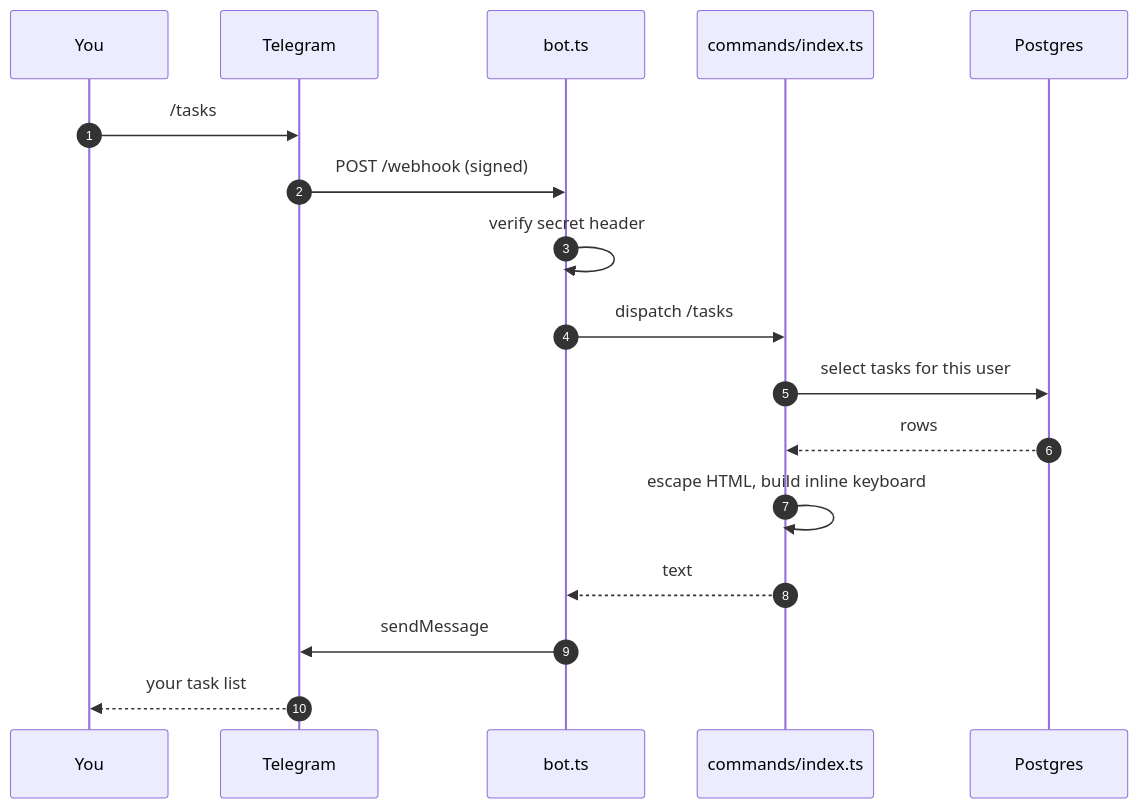
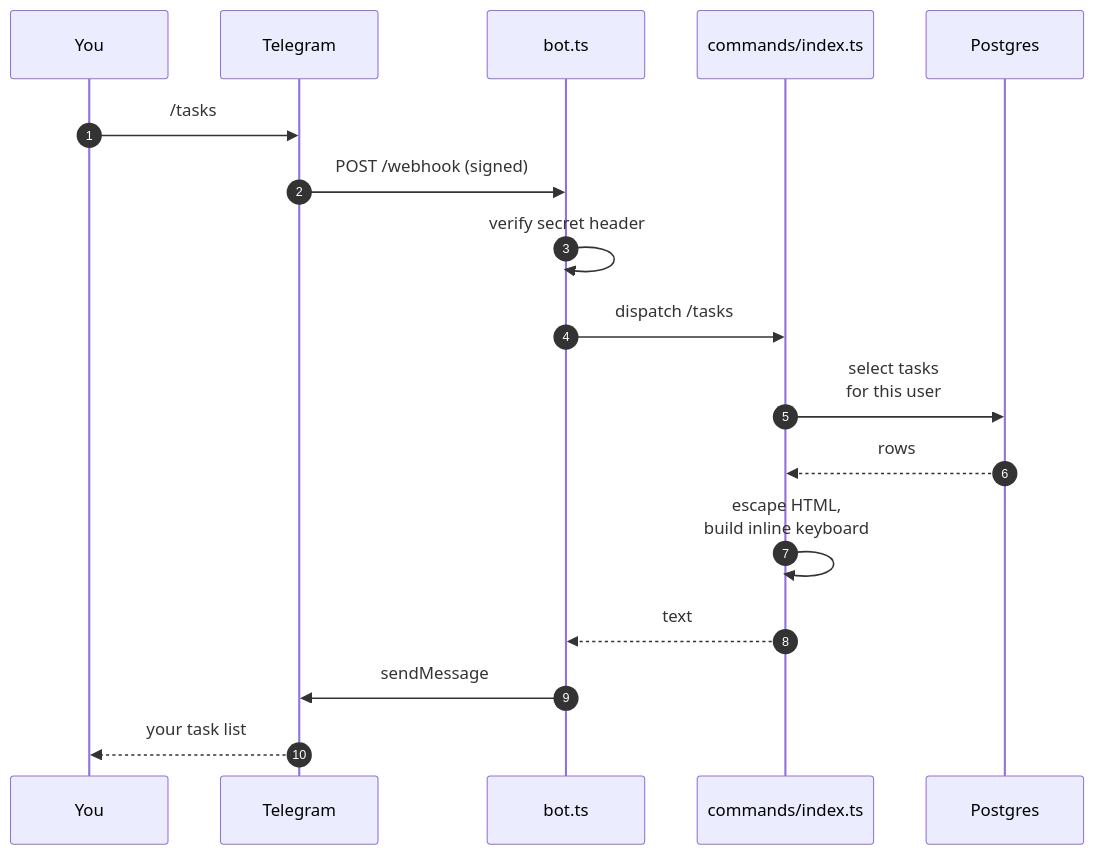
The tenth of 11 diagrams in docs/architecture.md (e1010101/my-helper), drawn with Mermaid before and after one commit. The commit also changed other lines of this file and 9 other files, not shown here.

First line of the commit message:
docs: add GitNexus guidance and correct architecture gaps

````diff
--- a/docs/architecture.md
+++ b/docs/architecture.md
@@ -478,20 +452,20 @@
 ```mermaid
 sequenceDiagram
     autonumber
     participant U as You
     participant T as Telegram
     participant B as bot.ts
     participant C as commands/index.ts
     participant D as Postgres
 
     U->>T: /tasks
     T->>B: POST /webhook (signed)
     B->>B: verify secret header
     B->>C: dispatch /tasks
-    C->>D: select tasks for this user
+    C->>D: select tasks<br/>for this user
     D-->>C: rows
-    C->>C: escape HTML, build inline keyboard
+    C->>C: escape HTML,<br/>build inline keyboard
     C-->>B: text
     B->>T: sendMessage
     T-->>U: your task list
 ```
````
